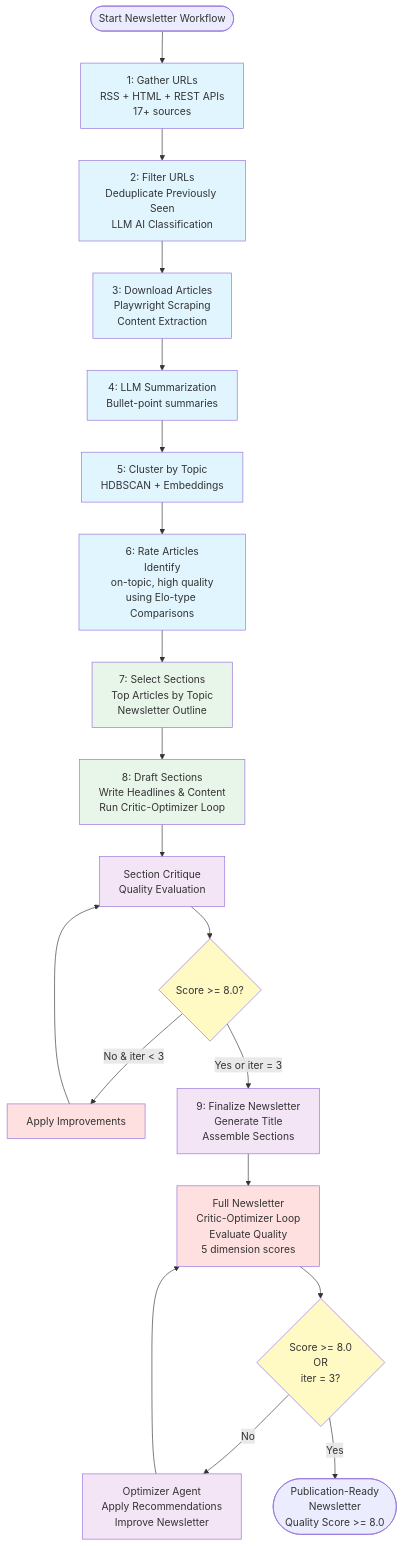
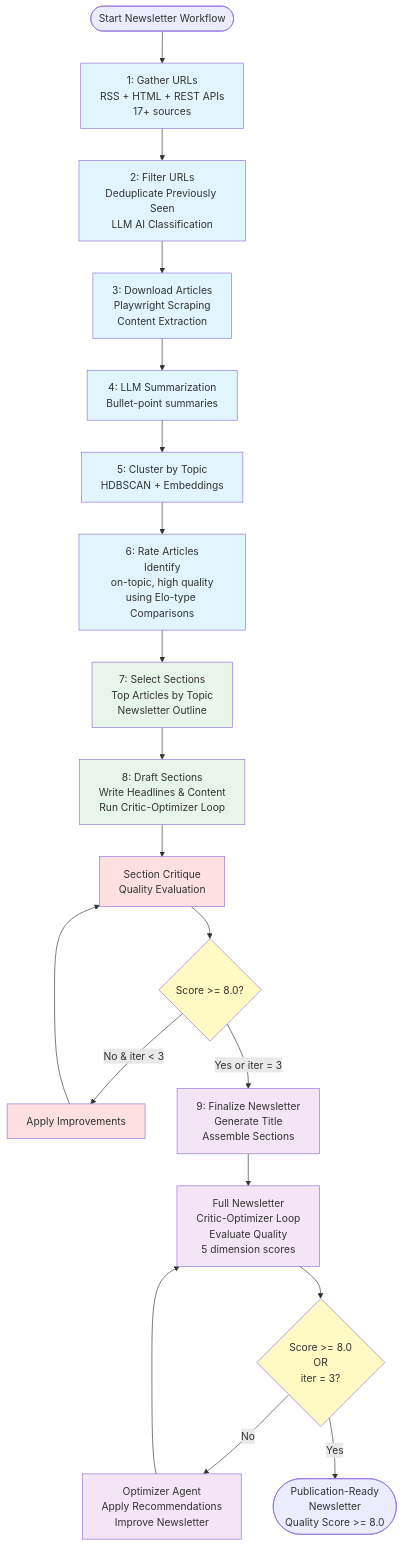
Before and after one commit to druce/OpenAIAgentsSDK: the diagram in README.md, drawn with Mermaid.

````diff
--- a/README.md
+++ b/README.md
@@ -9,49 +9,49 @@
 ```mermaid
   flowchart TD
       Start([Start Newsletter Workflow]) --> Step1[1: Gather URLs<br/>RSS + HTML + REST APIs<br/>17+ sources]
 
       Step1 --> Step2[2: Filter URLs<br/>Deduplicate Previously Seen<br/>LLM AI Classification<br/>]
 
       Step2 --> Step3[3: Download Articles<br/>Playwright Scraping<br/>Content Extraction]
 
       Step3 --> Step4[4: LLM Summarization<br/>Bullet-point summaries]
 
       Step4 --> Step5[5: Cluster by Topic<br/>HDBSCAN + Embeddings]
 
       Step5 --> Step6[6: Rate Articles<br/>Identify<br/>on-topic, high quality<br/>using Elo-type Comparisons]
 
       Step6 --> Step7[7: Select Sections<br/>Top Articles by Topic<br/>Newsletter Outline]
 
       Step7 --> Step8[8: Draft Sections<br/>Write Headlines & Content<br/>Run Critic-Optimizer Loop]
 
       Step8 --> Critique8[Section Critique<br/>Quality Evaluation]
       Critique8 --> Check8{Score >= 8.0?}
       Check8 -->|No & iter < 3| Improve8[Apply Improvements]
       Improve8 --> Critique8
       Check8 -->|Yes or iter = 3| Step9[9: Finalize Newsletter<br/>Generate Title<br/>Assemble Sections]
 
       Step9 --> Critique9[Full Newsletter<br/>Critic-Optimizer Loop<br/>Evaluate Quality<br/>5 dimension scores]
 
       Critique9 --> Check9{Score >= 8.0<br/>OR<br/>iter = 3?}
 
       Check9 -->|No| Optimizer[Optimizer Agent<br/>Apply Recommendations<br/>Improve Newsletter]
       Optimizer --> Critique9
 
       Check9 -->|Yes| Final([Publication-Ready<br>Newsletter<br/>Quality Score >= 8.0])
 
       style Step1 fill:#e1f5ff
       style Step2 fill:#e1f5ff
       style Step3 fill:#e1f5ff
       style Step4 fill:#e1f5ff
       style Step5 fill:#e1f5ff
       style Step6 fill:#e1f5ff
       style Step7 fill:#e8f5e9
       style Step8 fill:#e8f5e9
-      style Step9 fill:#f3e5f5
-      style Critique8 fill:#f3e5f5
+      style Critique8 fill:#ffe0e0
       style Check8 fill:#fff9c4
       style Improve8 fill:#ffe0e0
-      style Critique9 fill:#ffe0e0
+      style Step9 fill:#f3e5f5
+      style Critique9 fill:#f3e5f5
       style Check9 fill:#fff9c4
       style Optimizer fill:#f3e5f5
   ```
````
